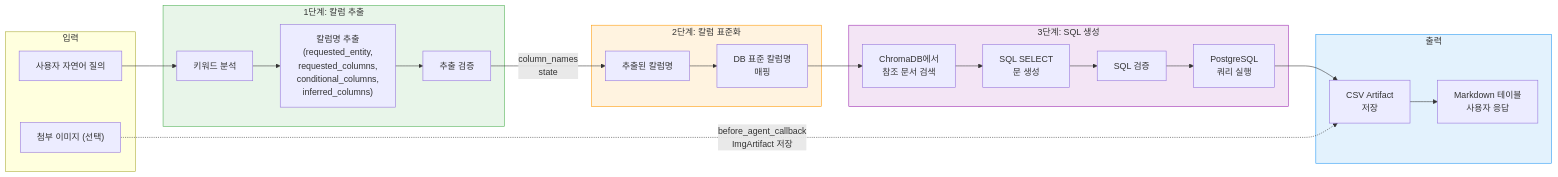
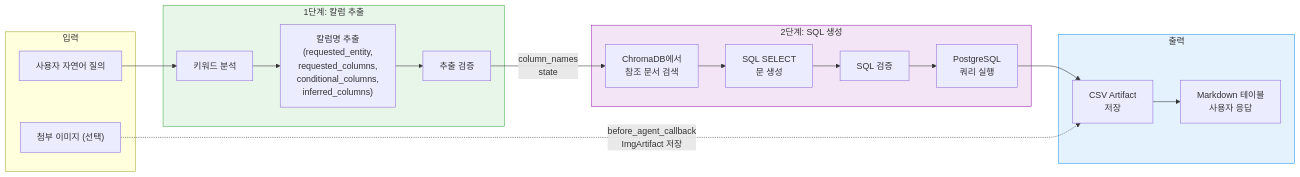
One commit to beyonwr/agent-adk-data-search changed the second of 6 diagrams in architecture.md. Above: the diagram before and after it, drawn with Mermaid. The commit also changed other lines of this file, not shown here.

First line of the commit message:
docs: update architecture.md to match actual codebase

````diff
--- a/architecture.md
+++ b/architecture.md
@@ -105,41 +93,34 @@
 ```mermaid
 flowchart LR
     subgraph INPUT["입력"]
         Q["사용자 자연어 질의"]
         IMG["첨부 이미지 (선택)"]
     end
 
     subgraph EXTRACT["1단계: 칼럼 추출"]
         E1["키워드 분석"]
         E2["칼럼명 추출<br/>(requested_entity,<br/>requested_columns,<br/>conditional_columns,<br/>inferred_columns)"]
         E3["추출 검증"]
     end
 
-    subgraph STANDARD["2단계: 칼럼 표준화"]
-        S1["추출된 칼럼명"]
-        S2["DB 표준 칼럼명<br/>매핑"]
-    end
-
-    subgraph SQLGEN["3단계: SQL 생성"]
+    subgraph SQLGEN["2단계: SQL 생성"]
         G1["ChromaDB에서<br/>참조 문서 검색"]
         G2["SQL SELECT<br/>문 생성"]
         G3["SQL 검증"]
         G4["PostgreSQL<br/>쿼리 실행"]
     end
 
     subgraph OUTPUT["출력"]
         O1["CSV Artifact<br/>저장"]
         O2["Markdown 테이블<br/>사용자 응답"]
     end
 
     Q --> E1 --> E2 --> E3
-    E3 -->|"column_names<br/>state"| S1 --> S2
-    S2 --> G1 --> G2 --> G3 --> G4
+    E3 -->|"column_names<br/>state"| G1 --> G2 --> G3 --> G4
     G4 --> O1 --> O2
     IMG -.->|"before_agent_callback<br/>ImgArtifact 저장"| O1
 
     style EXTRACT fill:#e8f5e9,stroke:#4CAF50
-    style STANDARD fill:#fff3e0,stroke:#FF9800
     style SQLGEN fill:#f3e5f5,stroke:#9C27B0
     style OUTPUT fill:#e3f2fd,stroke:#2196F3
 ```
````
